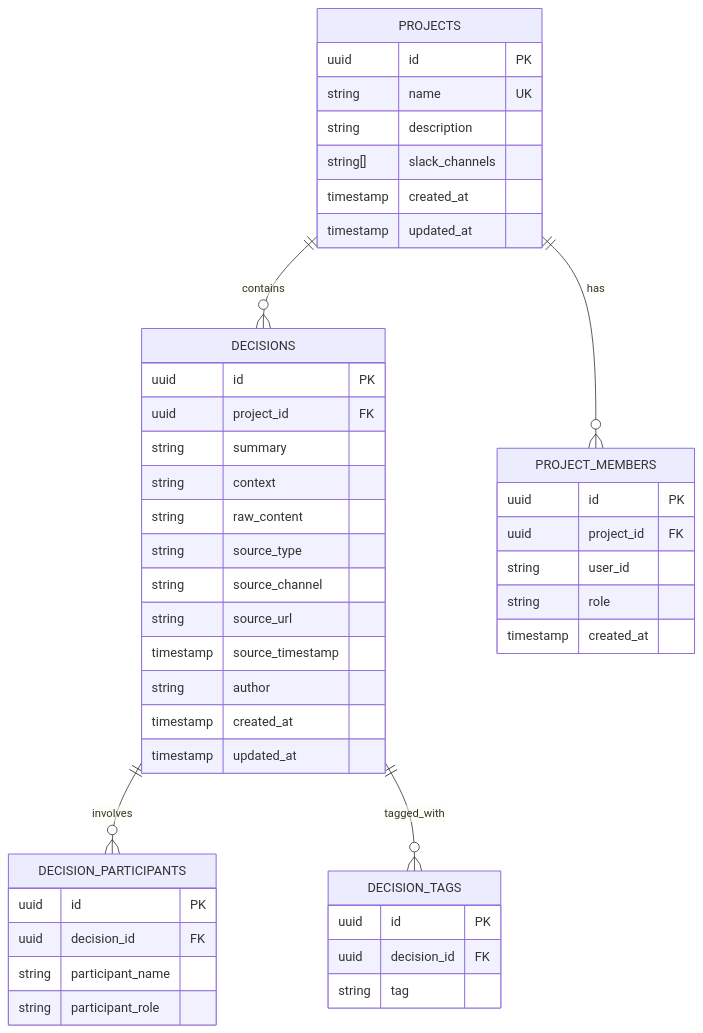
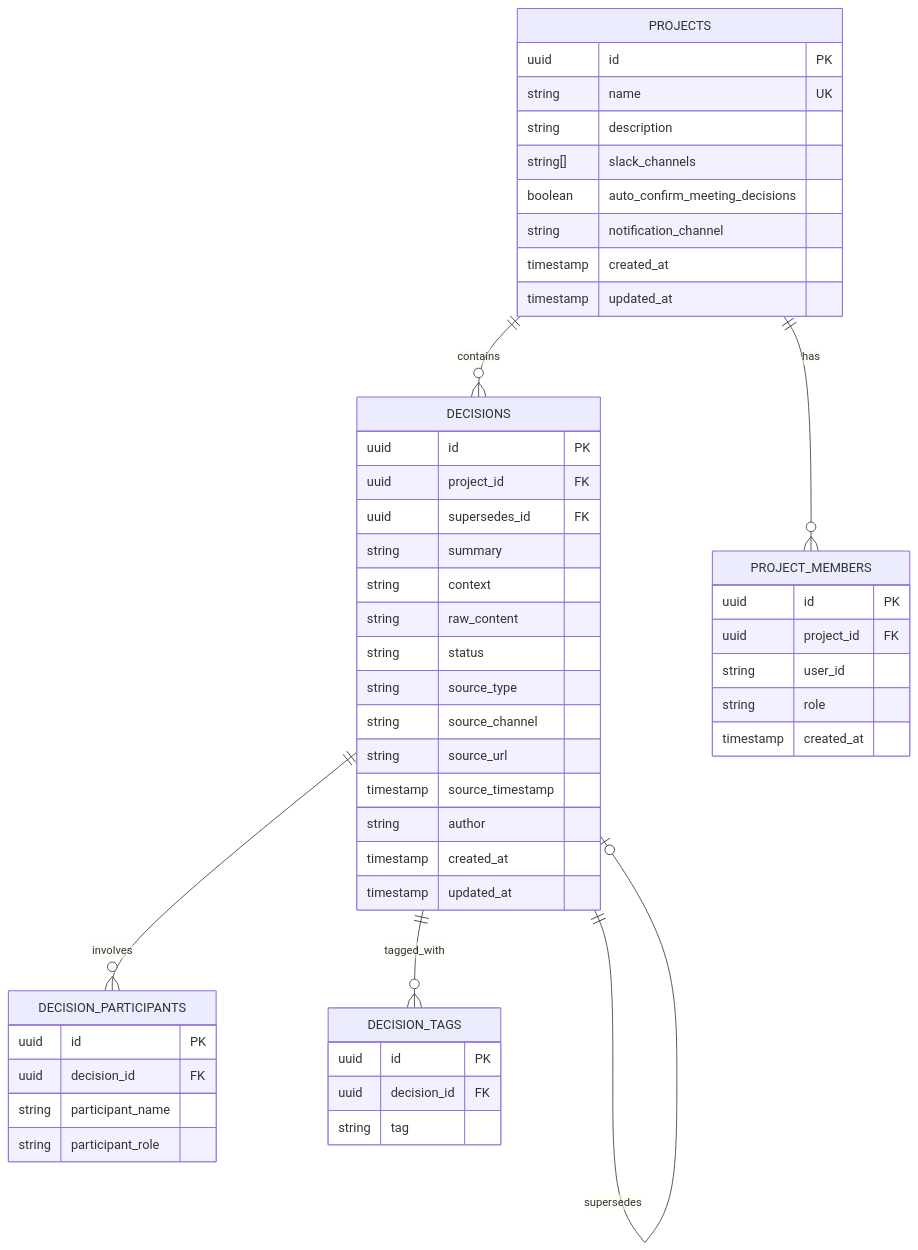
Before and after one commit to rawatadit/decision-ledger: the fifth of 9 diagrams in decision-ledger/DESIGN.md, drawn with Mermaid. The commit also changed other lines of this file and 1 other file, not shown here.

````diff
--- a/decision-ledger/DESIGN.md
+++ b/decision-ledger/DESIGN.md
@@ -224,52 +224,57 @@
 ```mermaid
 erDiagram
     PROJECTS ||--o{ DECISIONS : contains
     PROJECTS ||--o{ PROJECT_MEMBERS : has
     DECISIONS ||--o{ DECISION_PARTICIPANTS : involves
     DECISIONS ||--o{ DECISION_TAGS : tagged_with
+    DECISIONS ||--o| DECISIONS : supersedes
 
     PROJECTS {
         uuid id PK
         string name UK
         string description
         string[] slack_channels
+        boolean auto_confirm_meeting_decisions
+        string notification_channel
         timestamp created_at
         timestamp updated_at
     }
 
     DECISIONS {
         uuid id PK
         uuid project_id FK
+        uuid supersedes_id FK
         string summary
         string context
         string raw_content
+        string status
         string source_type
         string source_channel
         string source_url
         timestamp source_timestamp
         string author
         timestamp created_at
         timestamp updated_at
     }
 
     DECISION_PARTICIPANTS {
         uuid id PK
         uuid decision_id FK
         string participant_name
         string participant_role
     }
 
     DECISION_TAGS {
         uuid id PK
         uuid decision_id FK
         string tag
     }
 
     PROJECT_MEMBERS {
         uuid id PK
         uuid project_id FK
         string user_id
         string role
         timestamp created_at
     }
 ```
````
